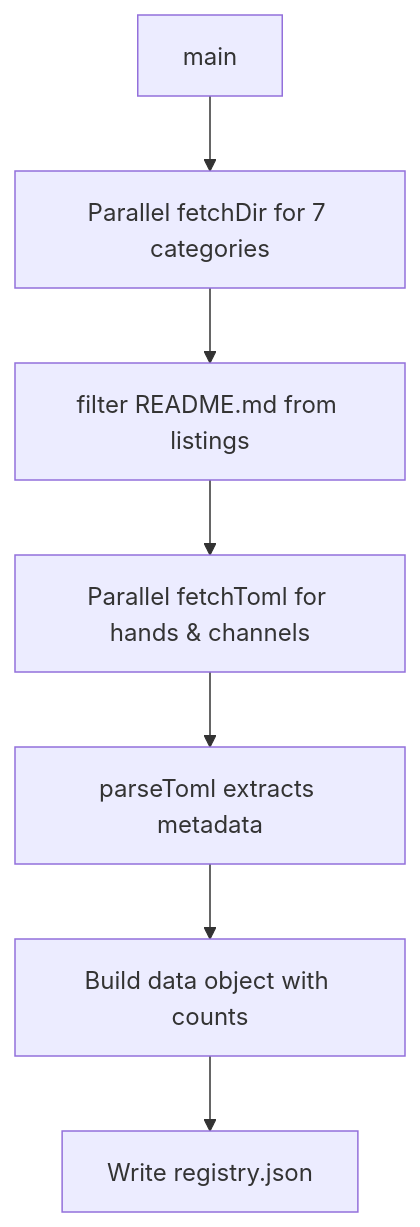
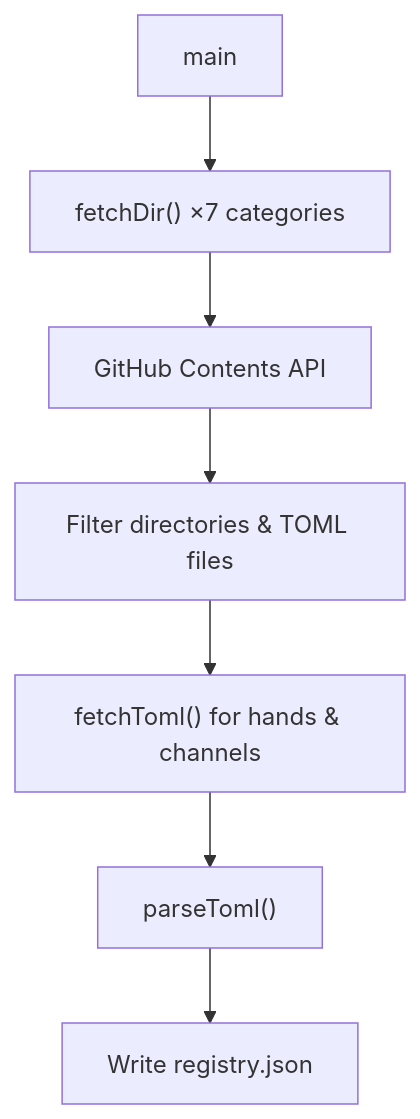
The diagram in website-scripts.md (leszek3737/librefang-WIki), drawn with Mermaid before and after one commit. The commit also changed other lines of this file and 56 other files, not shown here.

````diff
--- a/website-scripts.md
+++ b/website-scripts.md
@@ -19,9 +25,9 @@
 ```mermaid
 flowchart TD
-    A[main] --> B[Parallel fetchDir for 7 categories]
-    B --> C[filter README.md from listings]
-    C --> D[Parallel fetchToml for hands & channels]
-    D --> E[parseToml extracts metadata]
-    E --> F[Build data object with counts]
-    F --> G[Write registry.json]
+    A[main] --> B["fetchDir() ×7 categories"]
+    B --> C[GitHub Contents API]
+    C --> D["Filter directories & TOML files"]
+    D --> E["fetchToml() for hands & channels"]
+    E --> F["parseToml()"]
+    F --> G["Write registry.json"]
 ```
````
